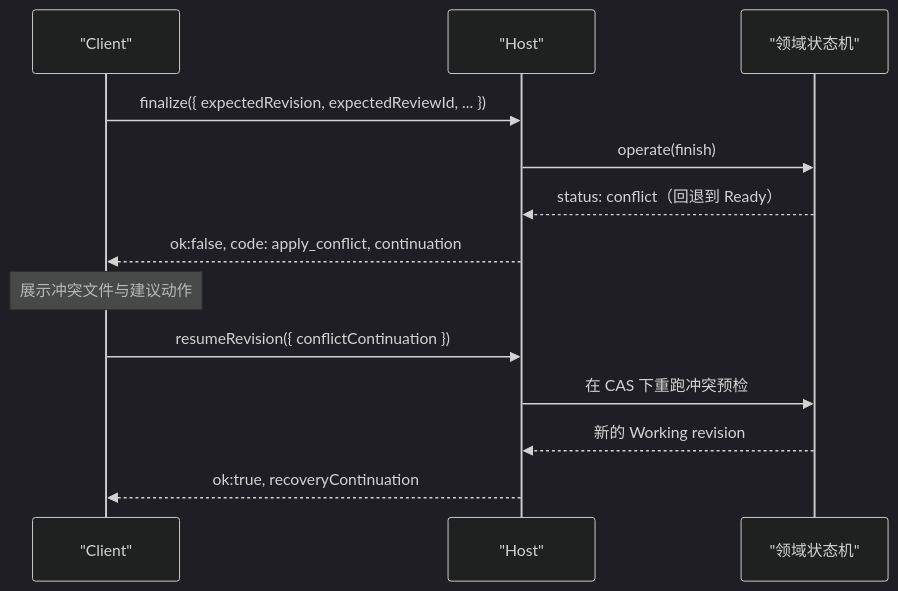
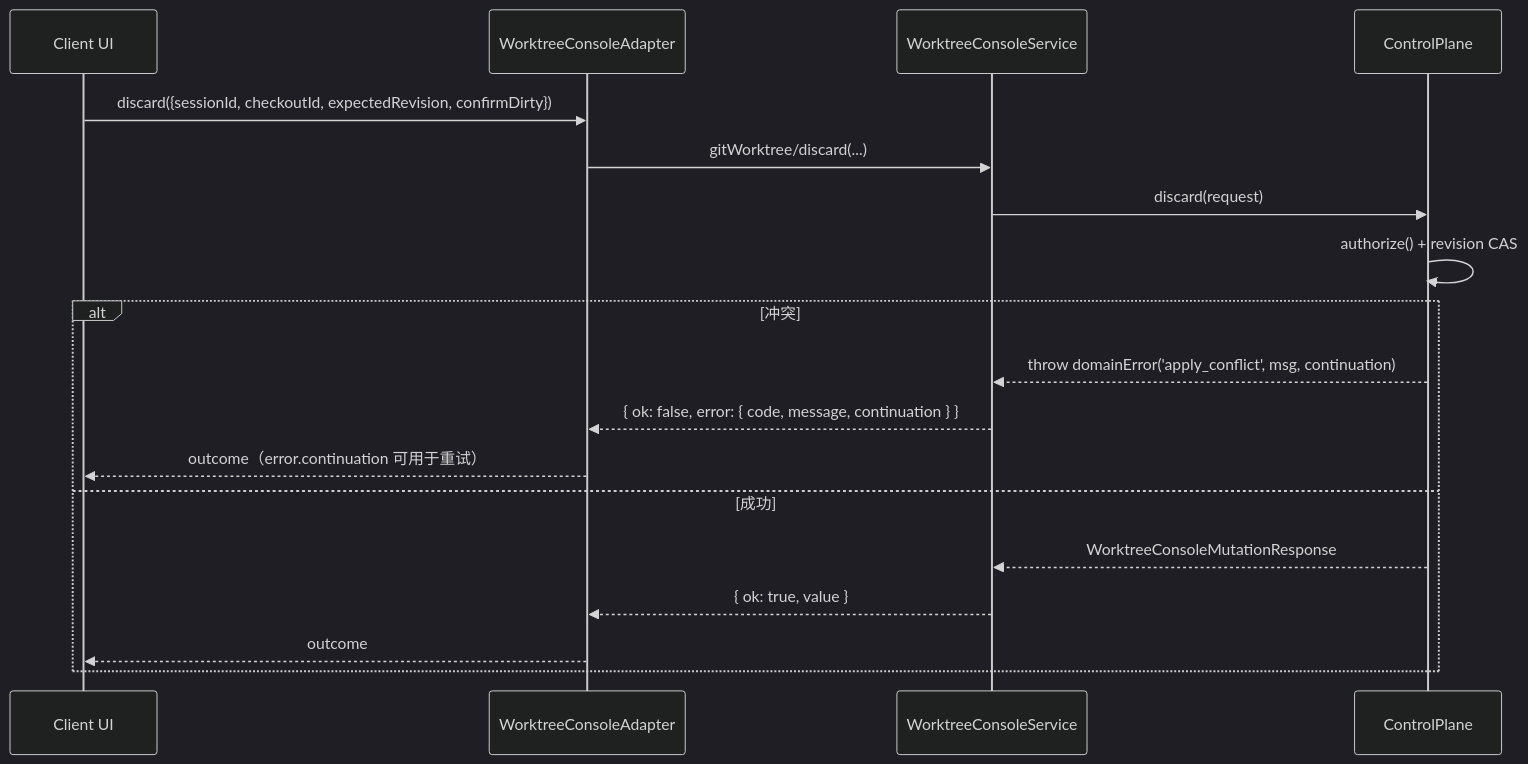
Before and after one commit to ikliml666/dsh-git-workspace: the fourth of 6 diagrams in .codewiki/_native-state/docs/console_contract.md, drawn with Mermaid (dark theme). The commit also changed other lines of this file and 117 other files, not shown here.

````diff
--- a/.codewiki/_native-state/docs/console_contract.md
+++ b/.codewiki/_native-state/docs/console_contract.md
@@ -369,16 +277,20 @@
 ```mermaid
 sequenceDiagram
-  participant UI as "Client"
-  participant H as "Host"
-  participant D as "领域状态机"
-
-  UI->>H: finalize({ expectedRevision, expectedReviewId, ... })
-  H->>D: operate(finish)
-  D-->>H: status: conflict（回退到 Ready）
-  H-->>UI: ok:false, code: apply_conflict, continuation
-  Note over UI: 展示冲突文件与建议动作
-  UI->>H: resumeRevision({ conflictContinuation })
-  H->>D: 在 CAS 下重跑冲突预检
-  D-->>H: 新的 Working revision
-  H-->>UI: ok:true, recoveryContinuation
+  participant UI as Client UI
+  participant ADP as WorktreeConsoleAdapter
+  participant HOST as WorktreeConsoleService
+  participant CP as ControlPlane
+  UI->>ADP: discard({sessionId, checkoutId, expectedRevision, confirmDirty})
+  ADP->>HOST: gitWorktree/discard(...)
+  HOST->>CP: discard(request)
+  CP->>CP: authorize() + revision CAS
+  alt 冲突
+    CP-->>HOST: throw domainError('apply_conflict', msg, continuation)
+    HOST-->>ADP: { ok: false, error: { code, message, continuation } }
+    ADP-->>UI: outcome（error.continuation 可用于重试）
+  else 成功
+    CP-->>HOST: WorktreeConsoleMutationResponse
+    HOST-->>ADP: { ok: true, value }
+    ADP-->>UI: outcome
+  end
 ```
````
